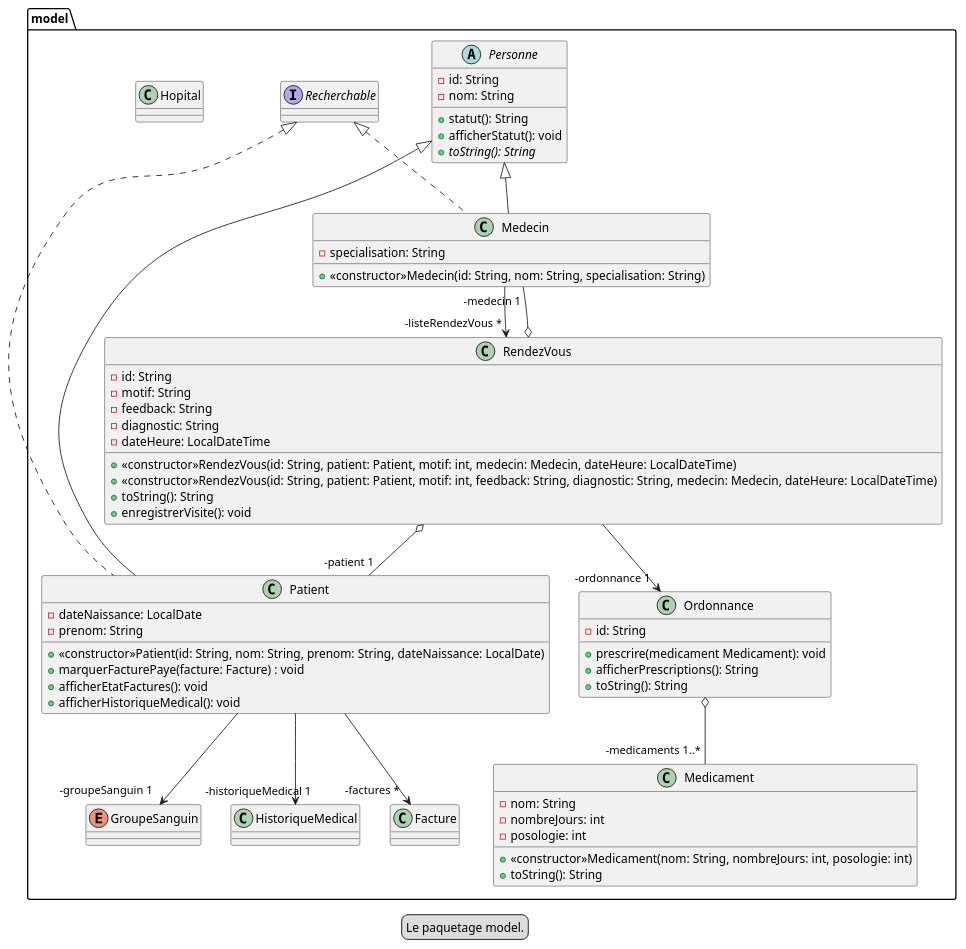
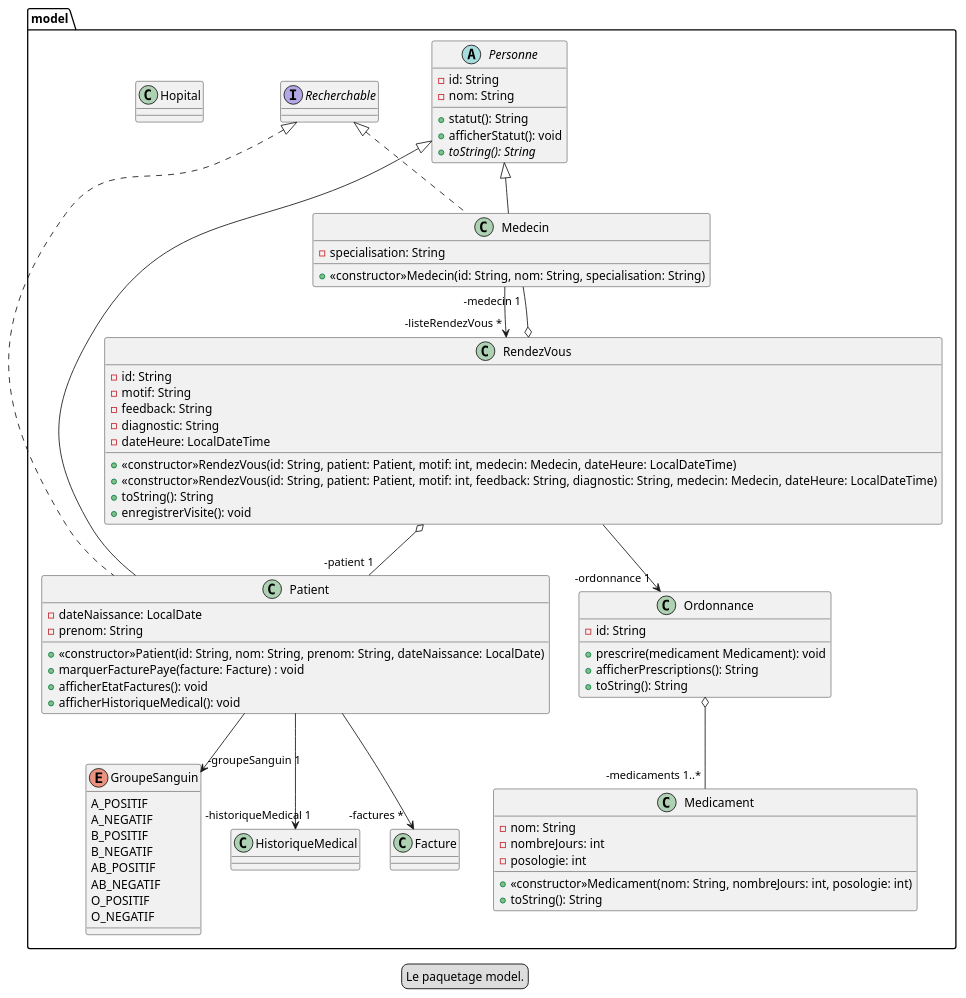
The diagram in plantuml/diagrammeModele.puml (carlkolodziejski/hopital), drawn with PlantUML before and after one commit.

Commit message:
Remplissage de GroupeSanguin

```diff
--- a/plantuml/diagrammeModele.puml
+++ b/plantuml/diagrammeModele.puml
@@ -1,89 +1,97 @@
 @startuml
 
 legend Le paquetage model.
 
 package model {
 
     abstract class Personne {
         -id: String
         -nom: String
 
         +statut(): String
         +afficherStatut(): void
         +{abstract}toString(): String
     }
 
     class Patient extends Personne implements Recherchable {
         -dateNaissance: LocalDate
         -prenom: String
 
         +<<constructor>>Patient(id: String, nom: String, prenom: String, dateNaissance: LocalDate)
         +marquerFacturePaye(facture: Facture) : void
         +afficherEtatFactures(): void
         +afficherHistoriqueMedical(): void
     }
 
 
     class Medecin extends Personne implements Recherchable {
         -specialisation: String
 
         +<<constructor>>Medecin(id: String, nom: String, specialisation: String)
     }
 
     class RendezVous {
         -id: String
         -motif: String
         -feedback: String
         -diagnostic: String
         -dateHeure: LocalDateTime
 
         +<<constructor>>RendezVous(id: String, patient: Patient, motif: int, medecin: Medecin, dateHeure: LocalDateTime)
         +<<constructor>>RendezVous(id: String, patient: Patient, motif: int, feedback: String, diagnostic: String, medecin: Medecin, dateHeure: LocalDateTime)
         +toString(): String
         +enregistrerVisite(): void
     }
 
     class Ordonnance {
         -id: String
 
         +prescrire(medicament Medicament): void
         +afficherPrescriptions(): String
         +toString(): String
     }
 
     class Medicament {
         -nom: String
         -nombreJours: int
         -posologie: int
 
         +<<constructor>>Medicament(nom: String, nombreJours: int, posologie: int)
         +toString(): String
     }
 
     class Facture {
     }
 
     class Hopital {
     }
 
     interface Recherchable {
     }
 
     enum GroupeSanguin {
+        A_POSITIF
+        A_NEGATIF
+        B_POSITIF
+        B_NEGATIF
+        AB_POSITIF
+        AB_NEGATIF
+        O_POSITIF
+        O_NEGATIF
     }
 
     Patient --> "-factures *" Facture
     Patient --> "-groupeSanguin 1" GroupeSanguin
     Patient --> "-historiqueMedical 1" HistoriqueMedical
 
     Medecin --> "-listeRendezVous *" RendezVous
 
     RendezVous o-- "-medecin 1" Medecin
     RendezVous o-- "-patient 1" Patient
     RendezVous --> "-ordonnance 1" Ordonnance
 
     Ordonnance o-- "-medicaments 1..*" Medicament
 
 }
 
 @enduml
```
